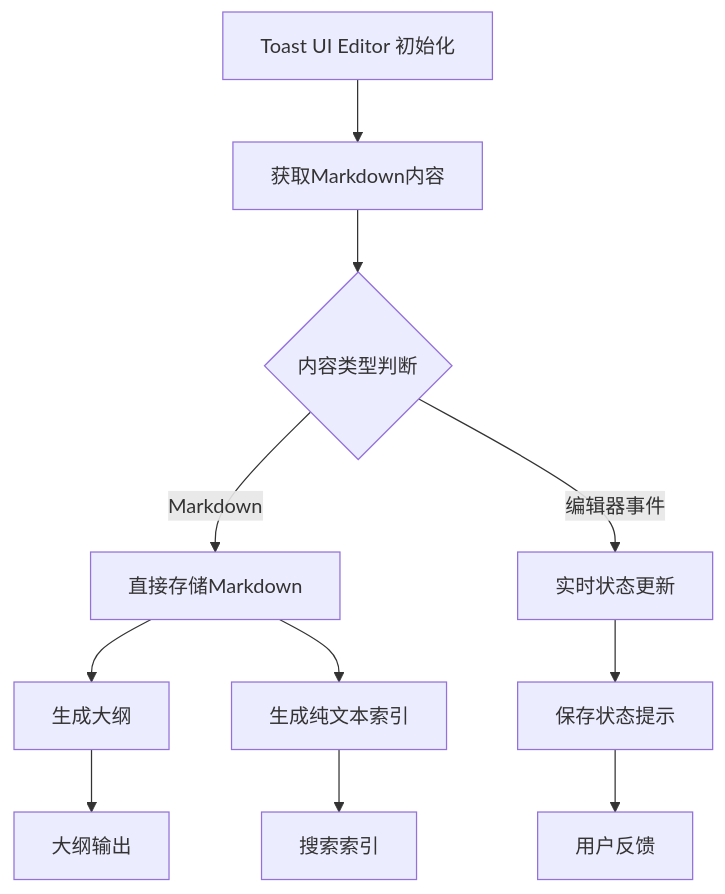
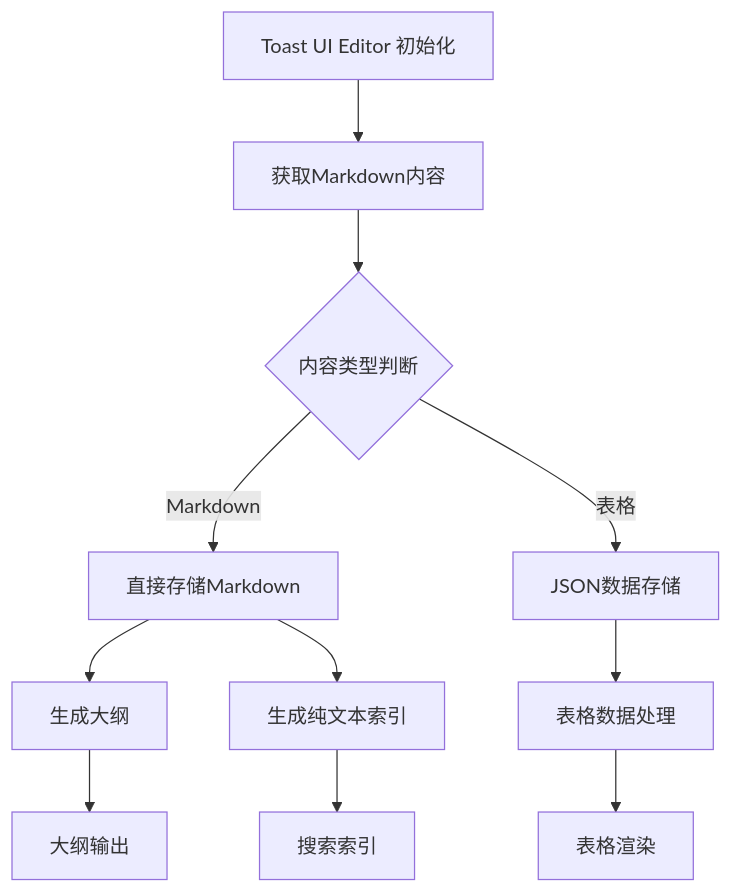
Before and after one commit to beyondalbert/my_wiki: the third of 17 diagrams in .qoder/repowiki/zh/content/架构设计/蓝图系统设计/文档蓝图 (Document Blueprint).md, drawn with Mermaid. The commit also changed other lines of this file and 6 other files, not shown here.

````diff
--- a/.qoder/repowiki/zh/content/架构设计/蓝图系统设计/文档蓝图 (Document Blueprint).md
+++ b/.qoder/repowiki/zh/content/架构设计/蓝图系统设计/文档蓝图 (Document Blueprint).md
@@ -167,13 +239,13 @@
 ```mermaid
 flowchart TD
 A[Toast UI Editor 初始化] --> B[获取Markdown内容]
 B --> C{内容类型判断}
 C --> |Markdown| D[直接存储Markdown]
-C --> |编辑器事件| E[实时状态更新]
+C --> |表格| E[JSON数据存储]
 D --> F[生成大纲]
 D --> G[生成纯文本索引]
-E --> H[保存状态提示]
+E --> H[表格数据处理]
 F --> I[大纲输出]
 G --> J[搜索索引]
-H --> K[用户反馈]
+H --> K[表格渲染]
 ```
````
